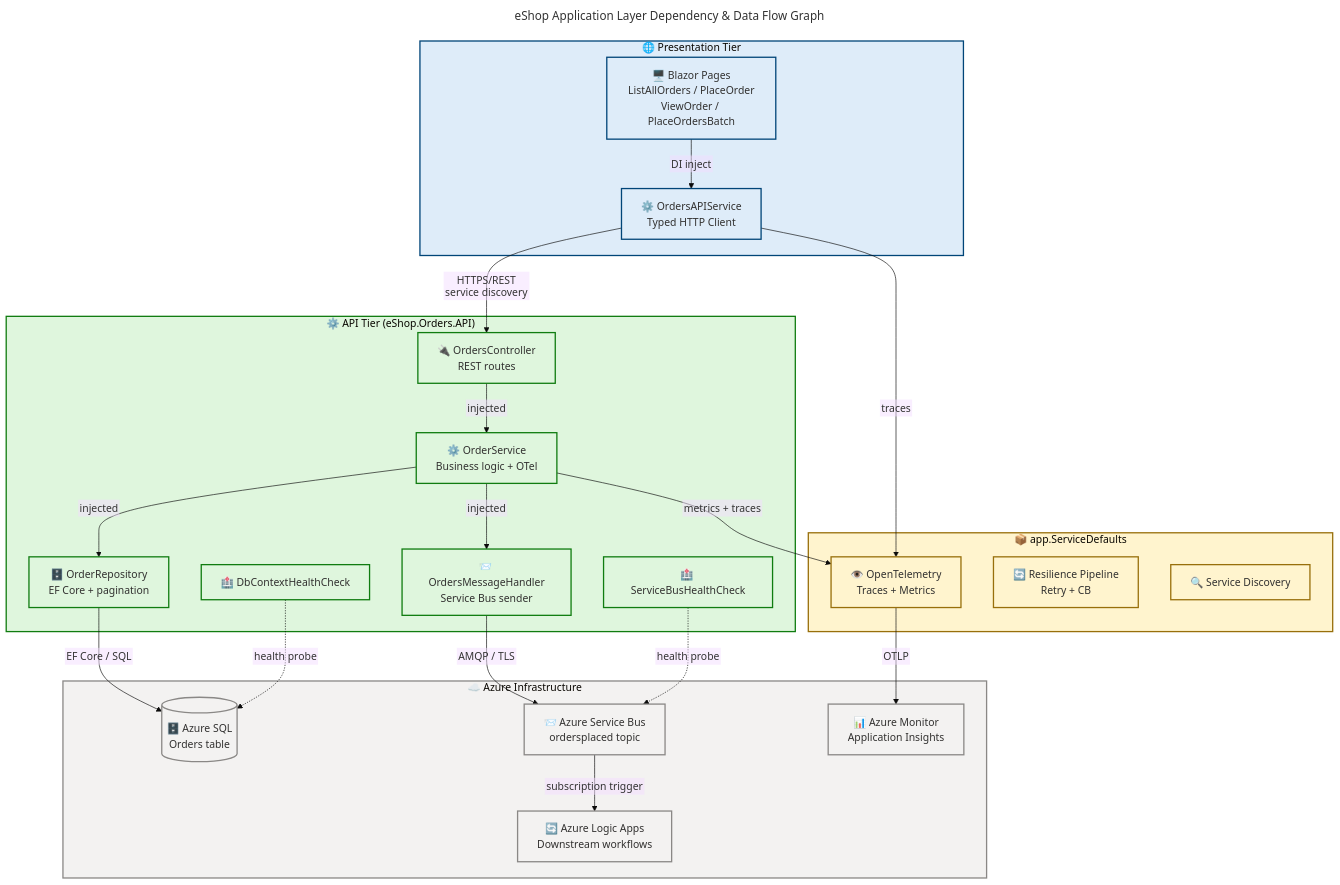
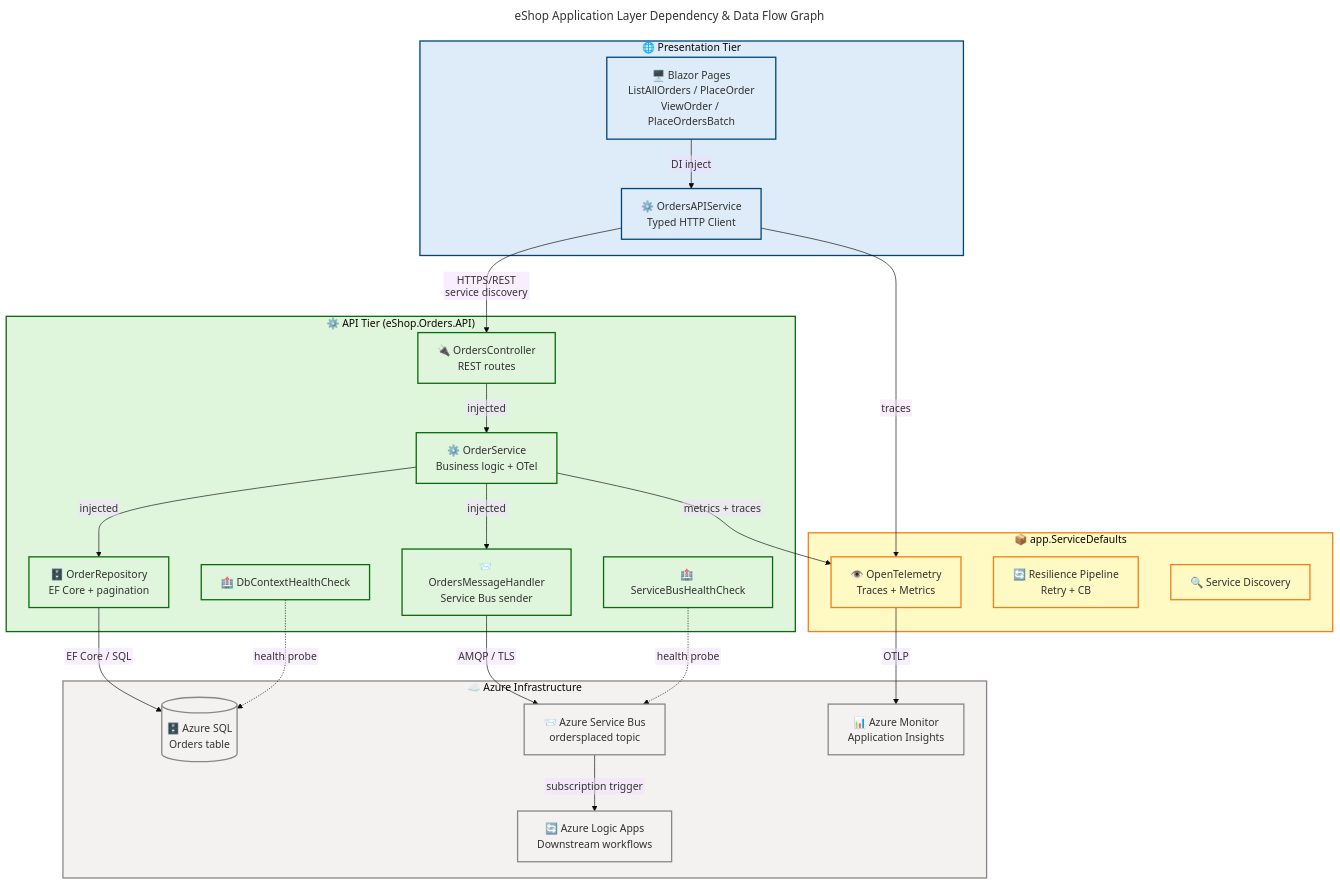
One commit to Evilazaro/Azure-LogicApps-Monitoring changed the seventh of 9 diagrams in docs/architecture/Application-Layer-Architecture.md. Above: the diagram before and after it, drawn with Mermaid. The commit also changed other lines of this file and 3 other files, not shown here.

Commit message:
docs: update color definitions in architecture diagrams for improved clarity and consistency

````diff
--- a/docs/architecture/Application-Layer-Architecture.md
+++ b/docs/architecture/Application-Layer-Architecture.md
@@ -1911,75 +1911,75 @@
 ```mermaid
 ---
 title: "eShop Application Layer Dependency & Data Flow Graph"
 config:
   theme: base
   themeVariables:
     fontSize: '16px'
   flowchart:
     htmlLabels: false
 ---
 flowchart TD
     accTitle: eShop Application Layer Dependency and Data Flow Graph
     accDescr: Shows all service-to-service dependencies and data flows from UI through API to infrastructure services
 
     %% ═══════════════════════════════════════════════════════════════════════════
     %% AZURE / FLUENT ARCHITECTURE PATTERN v1.1
     %% (Semantic + Structural + Font + Accessibility Governance)
     %% ═══════════════════════════════════════════════════════════════════════════
 
     subgraph presentation["🌐 Presentation Tier"]
         blazor["🖥️ Blazor Pages\nListAllOrders / PlaceOrder\nViewOrder / PlaceOrdersBatch"]
         apiSvc["⚙️ OrdersAPIService\nTyped HTTP Client"]
     end
 
     subgraph api["⚙️ API Tier (eShop.Orders.API)"]
         ctrl["🔌 OrdersController\nREST routes"]
         ordSvc["⚙️ OrderService\nBusiness logic + OTel"]
         ordRepo["🗄️ OrderRepository\nEF Core + pagination"]
         msgHandler["📨 OrdersMessageHandler\nService Bus sender"]
         hcDb["🏥 DbContextHealthCheck"]
         hcSb["🏥 ServiceBusHealthCheck"]
     end
 
     subgraph shared["📦 app.ServiceDefaults"]
         otel["👁️ OpenTelemetry\nTraces + Metrics"]
         resil["🔄 Resilience Pipeline\nRetry + CB"]
         svcDisc["🔍 Service Discovery"]
     end
 
     subgraph infra["☁️ Azure Infrastructure"]
         sql[("🗄️ Azure SQL\nOrders table")]
         sb["📨 Azure Service Bus\nordersplaced topic"]
         mon["📊 Azure Monitor\nApplication Insights"]
         la["🔄 Azure Logic Apps\nDownstream workflows"]
     end
 
     blazor -->|"DI inject"| apiSvc
     apiSvc -->|"HTTPS/REST\nservice discovery"| ctrl
     ctrl -->|"injected"| ordSvc
     ordSvc -->|"injected"| ordRepo
     ordSvc -->|"injected"| msgHandler
     ordRepo -->|"EF Core / SQL"| sql
     msgHandler -->|"AMQP / TLS"| sb
     sb -->|"subscription trigger"| la
     hcDb -.->|"health probe"| sql
     hcSb -.->|"health probe"| sb
     ordSvc -->|"metrics + traces"| otel
     apiSvc -->|"traces"| otel
     otel -->|"OTLP"| mon
 
     classDef azureBlue fill:#DEECF9,stroke:#004578,stroke-width:2px,color:#323130
-    classDef successGreen fill:#DFF6DD,stroke:#107C10,stroke-width:2px,color:#323130
-    classDef warningYellow fill:#FFF4CE,stroke:#986F0B,stroke-width:2px,color:#323130
+    classDef successGreen fill:#DFF6DD,stroke:#0B6A0B,stroke-width:2px,color:#323130
+    classDef warningYellow fill:#FFF9C4,stroke:#F57F17,stroke-width:2px,color:#323130
     classDef neutralGrey fill:#F3F2F1,stroke:#8A8886,stroke-width:2px,color:#323130
 
     class blazor,apiSvc azureBlue
     class ctrl,ordSvc,ordRepo,msgHandler,hcDb,hcSb successGreen
     class otel,resil,svcDisc warningYellow
     class sql,sb,mon,la neutralGrey
 
     style presentation fill:#DEECF9,stroke:#004578,stroke-width:2px,color:#323130
-    style api fill:#DFF6DD,stroke:#107C10,stroke-width:2px,color:#323130
-    style shared fill:#FFF4CE,stroke:#986F0B,stroke-width:2px,color:#323130
+    style api fill:#DFF6DD,stroke:#0B6A0B,stroke-width:2px,color:#323130
+    style shared fill:#FFF9C4,stroke:#F57F17,stroke-width:2px,color:#323130
     style infra fill:#F3F2F1,stroke:#8A8886,stroke-width:2px,color:#323130
 ```
````
